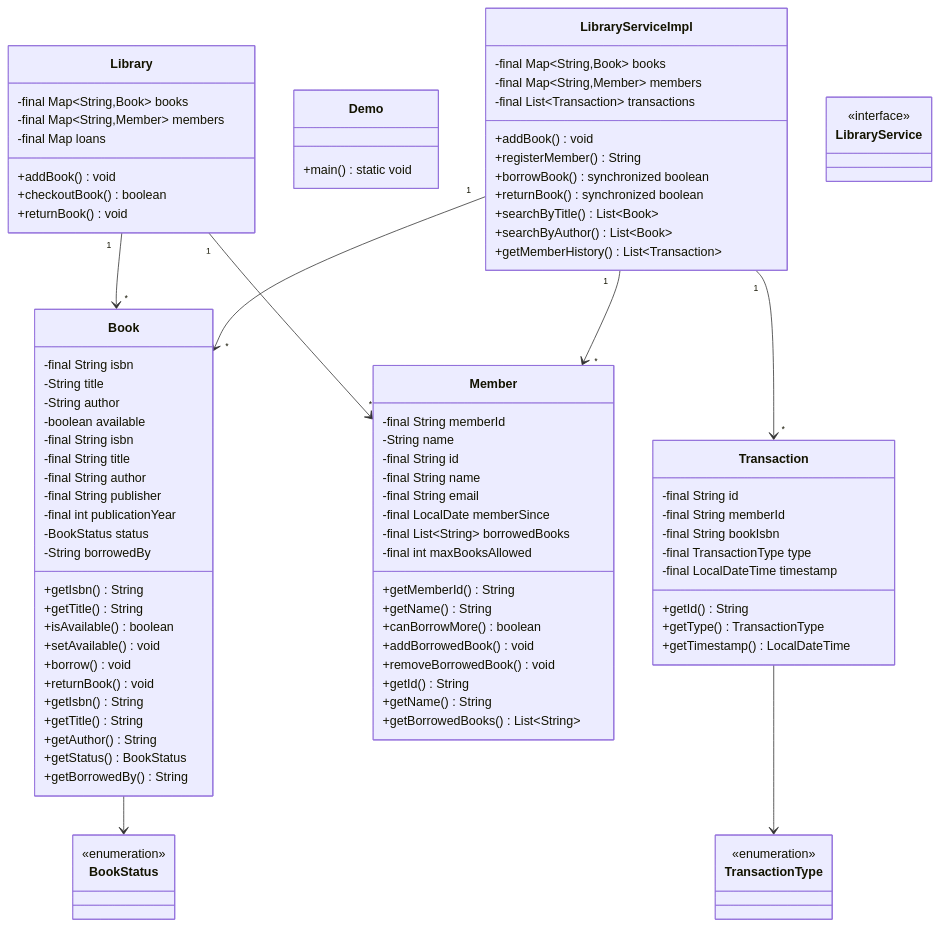
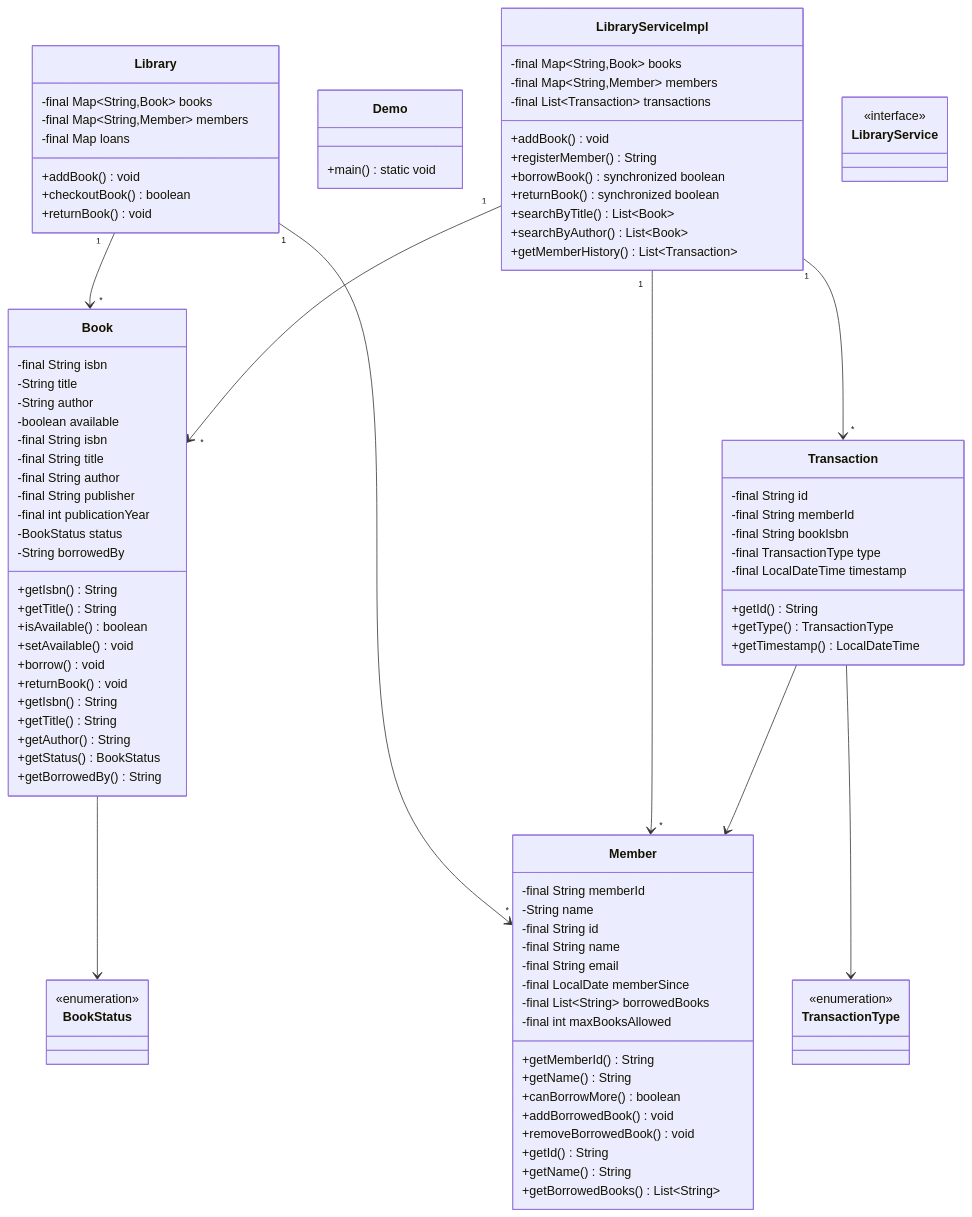
Before and after one commit to dlkr18/lld-playbook: the diagram in docs/problems/library/README.md, drawn with Mermaid. The commit also changed 61 other files, not shown here.

````diff
--- a/docs/problems/library/README.md
+++ b/docs/problems/library/README.md
@@ -196,5 +196,6 @@
     LibraryServiceImpl "1" --> "*" Book
     LibraryServiceImpl "1" --> "*" Member
     LibraryServiceImpl "1" --> "*" Transaction
+    Transaction --> Member
     Transaction --> TransactionType
 ```
````
